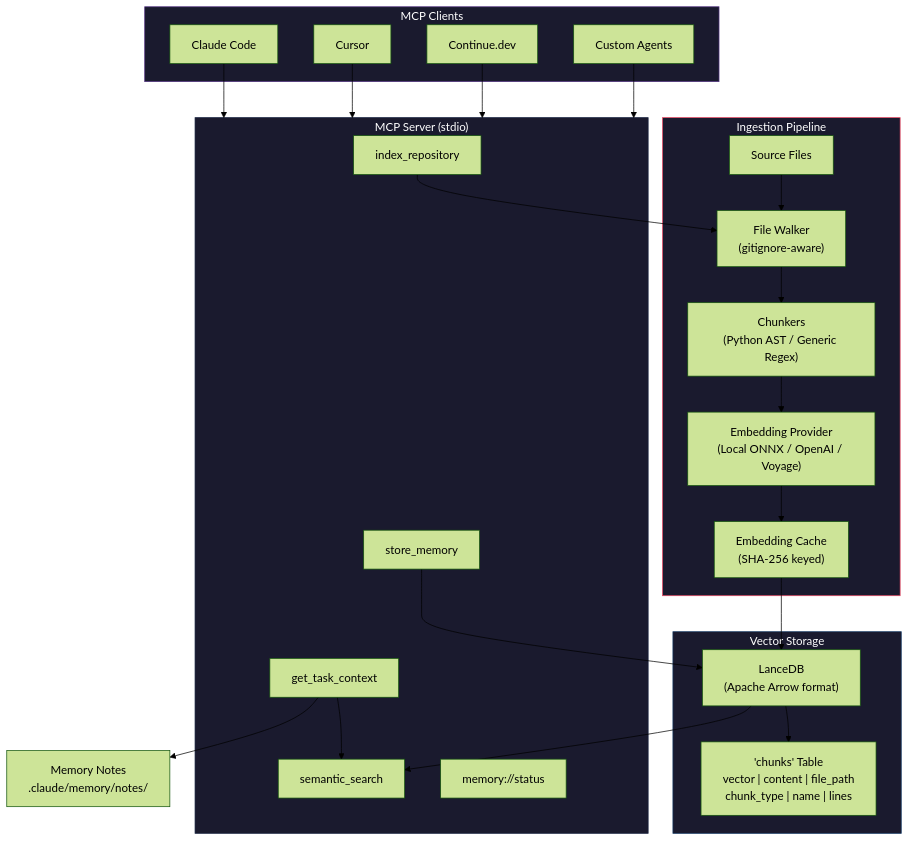
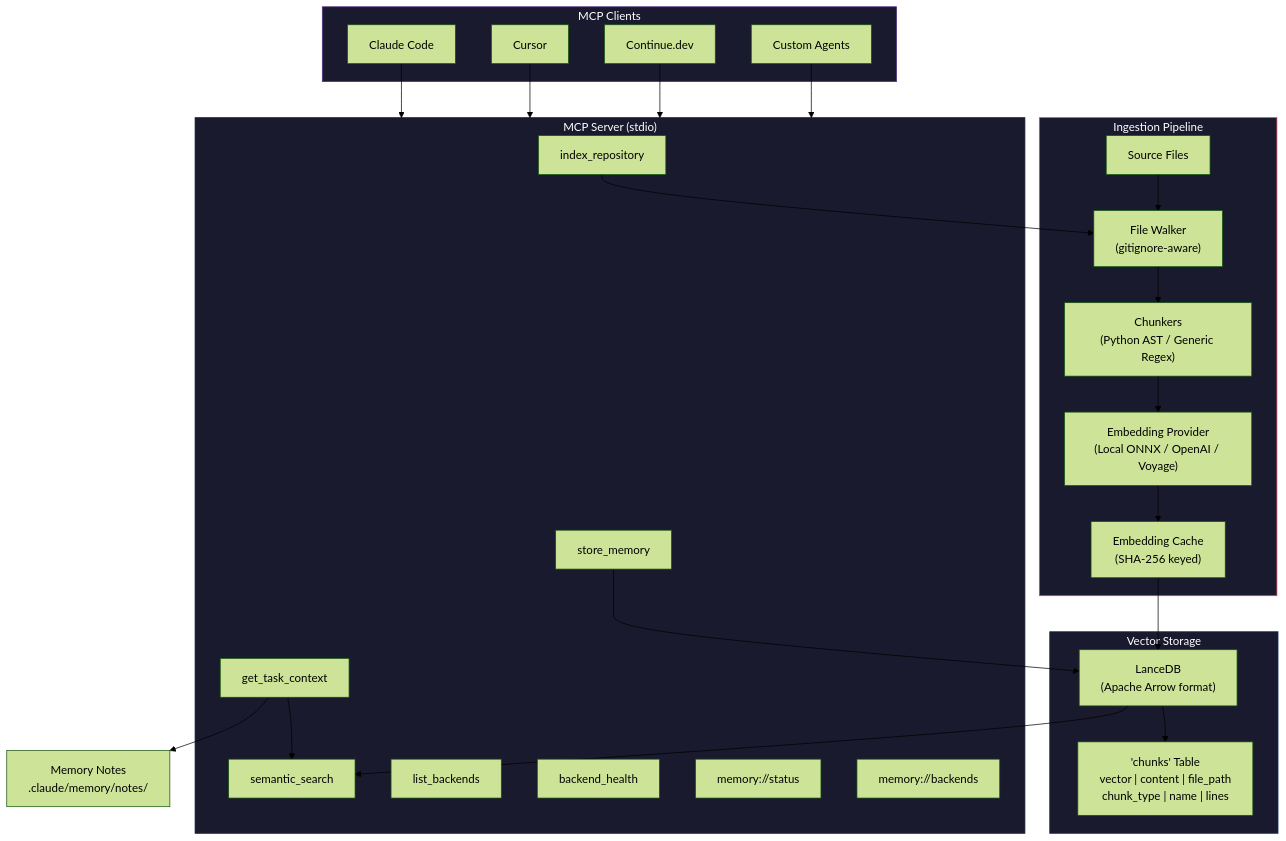
The first of 11 diagrams in docs/mcp-vector-memory.md (dnviti/claude-task-development-framework), drawn with Mermaid (forest theme) before and after one commit. The commit also changed other lines of this file and 10 other files, not shown here.

````diff
--- a/docs/mcp-vector-memory.md
+++ b/docs/mcp-vector-memory.md
@@ -43,45 +44,48 @@
 ```mermaid
 flowchart TD
     subgraph Ingestion["Ingestion Pipeline"]
         FS["Source Files"] --> WALK["File Walker<br>(gitignore-aware)"]
         WALK --> CHUNK["Chunkers<br>(Python AST / Generic Regex)"]
         CHUNK --> EMB["Embedding Provider<br>(Local ONNX / OpenAI / Voyage)"]
         EMB --> CACHE["Embedding Cache<br>(SHA-256 keyed)"]
     end
 
     subgraph Storage["Vector Storage"]
         CACHE --> LANCE["LanceDB<br>(Apache Arrow format)"]
         LANCE --> TABLE["'chunks' Table<br>vector | content | file_path<br>chunk_type | name | lines"]
     end
 
     subgraph MCP["MCP Server (stdio)"]
         T1["index_repository"]
         T2["semantic_search"]
         T3["store_memory"]
         T4["get_task_context"]
+        T5["list_backends"]
+        T6["backend_health"]
         R1["memory://status"]
+        R2["memory://backends"]
     end
 
     subgraph Clients["MCP Clients"]
         CC["Claude Code"]
         CU["Cursor"]
         CD["Continue.dev"]
         CA["Custom Agents"]
     end
 
     LANCE --> T2
     T1 --> WALK
     T3 --> LANCE
     T4 --> T2
     T4 --> NOTES["Memory Notes<br>.claude/memory/notes/"]
 
     CC --> MCP
     CU --> MCP
     CD --> MCP
     CA --> MCP
 
     style Ingestion fill:#1a1a2e,stroke:#e94560,color:#fff
     style Storage fill:#1a1a2e,stroke:#0f3460,color:#fff
     style MCP fill:#1a1a2e,stroke:#16213e,color:#fff
     style Clients fill:#1a1a2e,stroke:#533483,color:#fff
 ```
````
